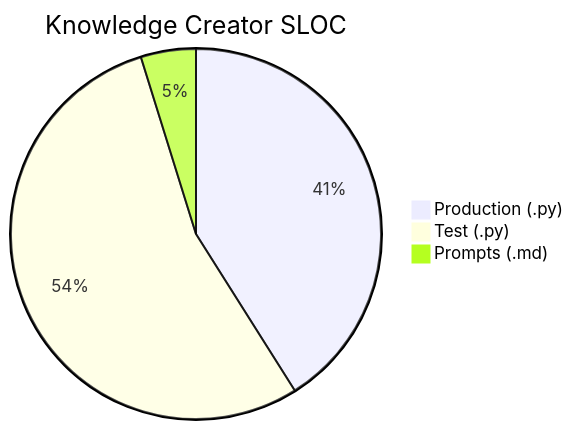
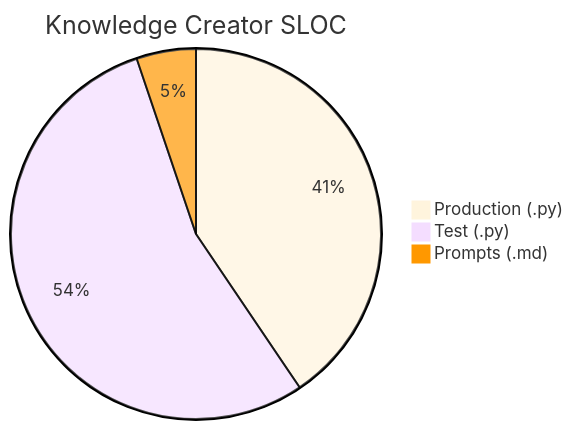
The tenth of 14 diagrams in docs/metrics.md (nablarch/nabledge-dev), drawn with Mermaid before and after one commit. The commit also changed other lines of this file and 2 other files, not shown here.

````diff
--- a/docs/metrics.md
+++ b/docs/metrics.md
@@ -135,6 +136,7 @@
 ```mermaid
+%%{init: {'theme': 'base', 'themeVariables': {'pie3': '#FF9800'}}}%%
 pie title Knowledge Creator SLOC
-  "Production (.py)" : 4347
-  "Test (.py)" : 5736
-  "Prompts (.md)" : 509
+  "Production (.py)" : 4703
+  "Test (.py)" : 6294
+  "Prompts (.md)" : 602
 ```
````
